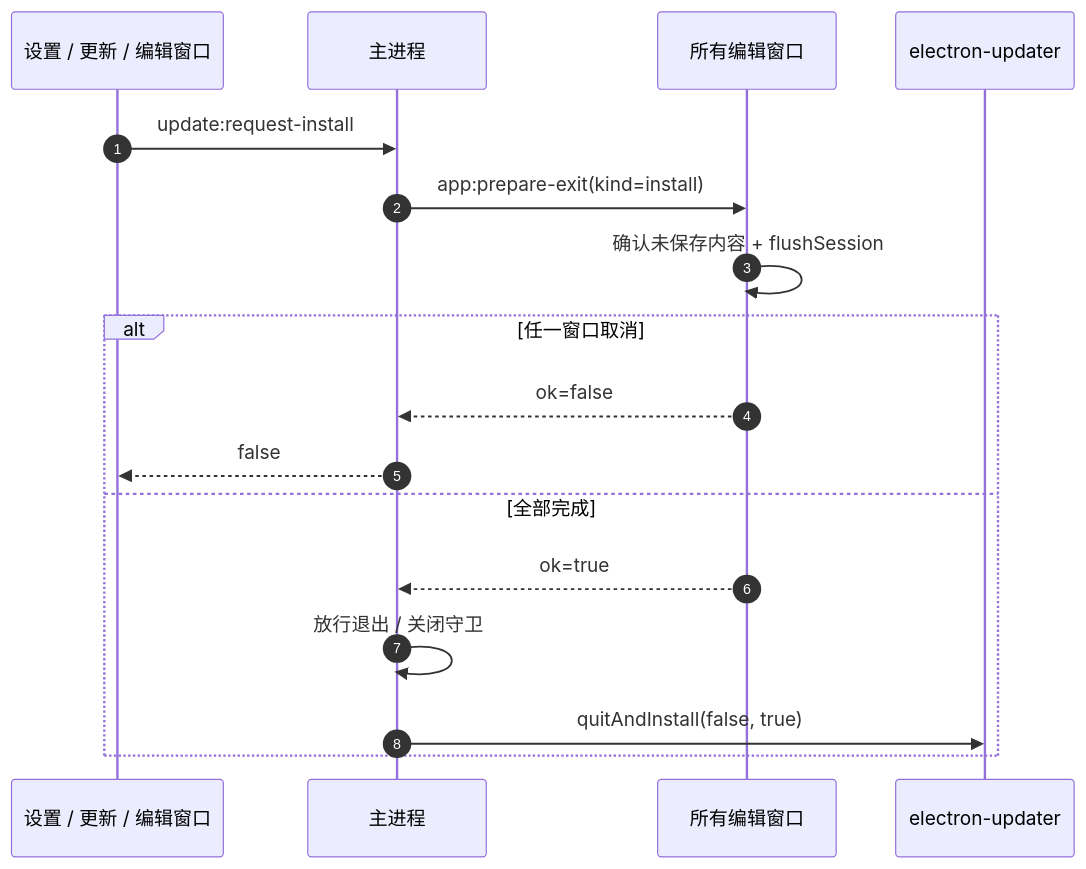
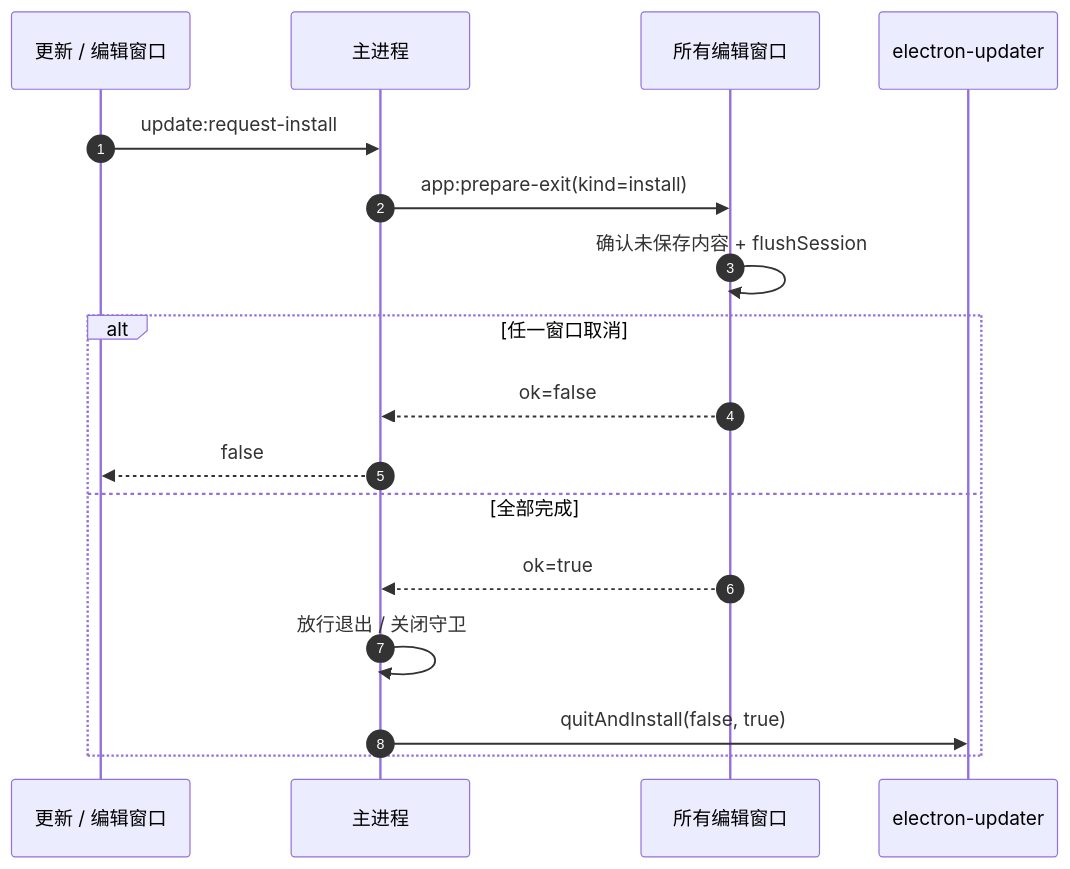
One commit to Harley-xk/mark-it changed the fourth of 4 diagrams in docs/多窗口架构.md. Above: the diagram before and after it, drawn with Mermaid. The commit also changed other lines of this file and 22 other files, not shown here.

````diff
--- a/docs/多窗口架构.md
+++ b/docs/多窗口架构.md
@@ -284,20 +284,20 @@
 ```mermaid
 sequenceDiagram
   autonumber
-  participant W as 设置 / 更新 / 编辑窗口
+  participant W as 更新 / 编辑窗口
   participant M as 主进程
   participant E as 所有编辑窗口
   participant U as electron-updater
 
   W->>M: update:request-install
   M->>E: app:prepare-exit(kind=install)
   E->>E: 确认未保存内容 + flushSession
   alt 任一窗口取消
     E-->>M: ok=false
     M-->>W: false
   else 全部完成
     E-->>M: ok=true
     M->>M: 放行退出 / 关闭守卫
     M->>U: quitAndInstall(false, true)
   end
 ```
````
